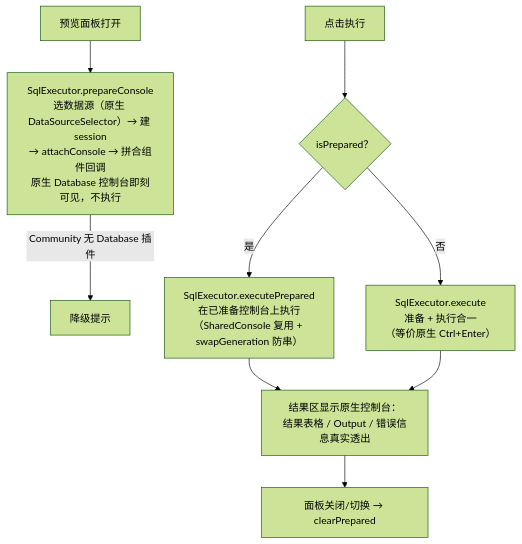
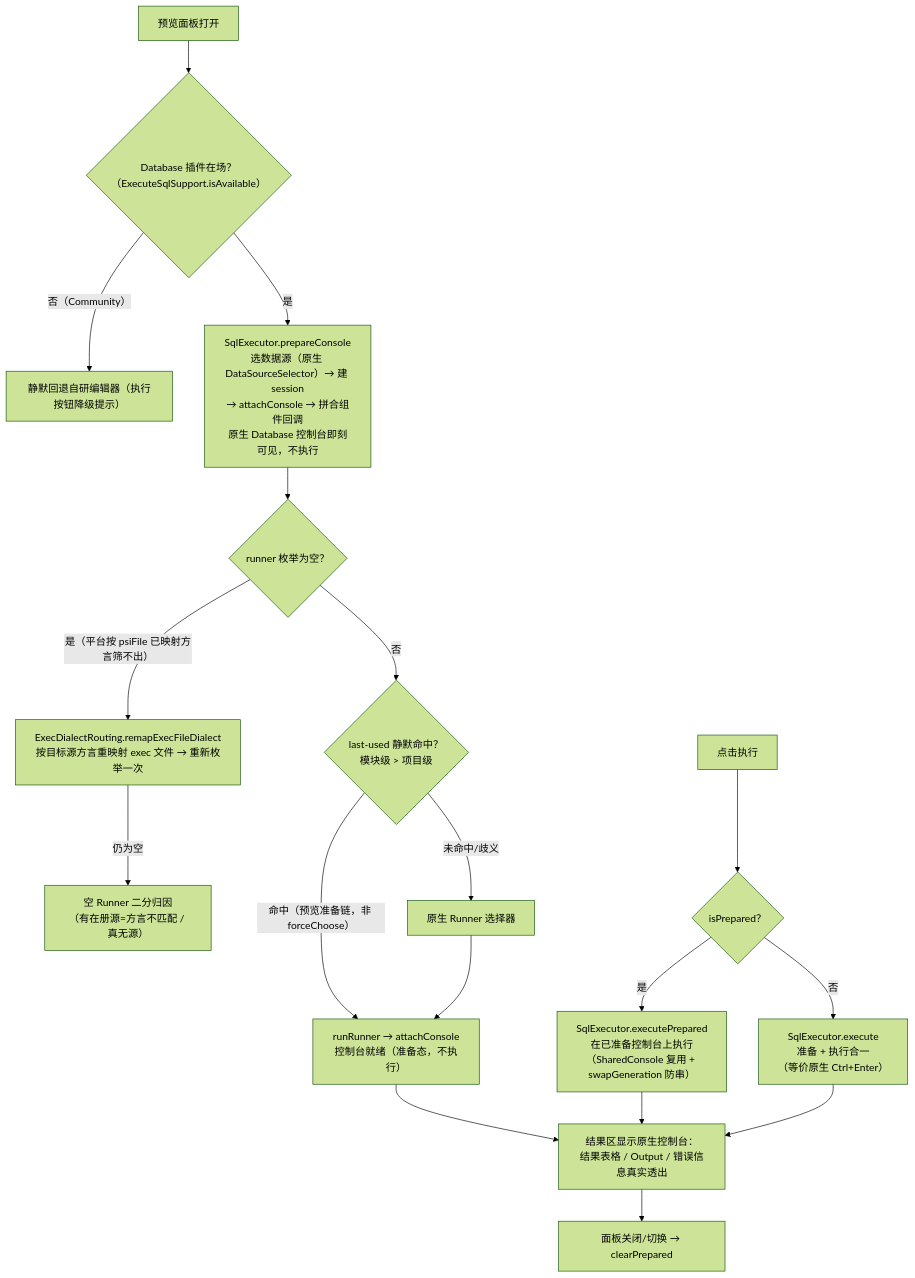
Before and after one commit to SongRenShuo/mybatis-plus-sql-visualizer: the fourth of 18 diagrams in docs/架构设计/02-核心流程详解.md, drawn with Mermaid (forest theme). The commit also changed other lines of this file and 204 other files, not shown here.

````diff
--- a/docs/架构设计/02-核心流程详解.md
+++ b/docs/架构设计/02-核心流程详解.md
@@ -135,11 +139,20 @@
 ```mermaid
 flowchart TD
-    OPEN["预览面板打开"] --> PC["SqlExecutor.prepareConsole<br/>选数据源（原生 DataSourceSelector）→ 建 session<br/>→ attachConsole → 拼合组件回调<br/>原生 Database 控制台即刻可见，不执行"]
-    PC -->|"Community 无 Database 插件"| DEG["降级提示"]
+    OPEN["预览面板打开"] --> AVAIL{"Database 插件在场？（ExecuteSqlSupport.isAvailable）"}
+    AVAIL -->|"否（Community）"| CDEG["静默回退自研编辑器（执行按钮降级提示）"]
+    AVAIL -->|"是"| PC["SqlExecutor.prepareConsole<br/>选数据源（原生 DataSourceSelector）→ 建 session<br/>→ attachConsole → 拼合组件回调<br/>原生 Database 控制台即刻可见，不执行"]
+    PC --> RUNNERS{"runner 枚举为空？"}
+    RUNNERS -->|"是（平台按 psiFile 已映射方言筛不出）"| REMAP["ExecDialectRouting.remapExecFileDialect<br/>按目标源方言重映射 exec 文件 → 重新枚举一次"]
+    REMAP -->|"仍为空"| DEG["空 Runner 二分归因<br/>（有在册源=方言不匹配 / 真无源）"]
+    RUNNERS -->|"否"| LASTUSED{"last-used 静默命中？<br/>模块级 > 项目级"}
+    LASTUSED -->|"命中（预览准备链，非 forceChoose）"| PREP["runRunner → attachConsole<br/>控制台就绪（准备态，不执行）"]
+    LASTUSED -->|"未命中/歧义"| PICK["原生 Runner 选择器"]
+    PICK --> PREP
+    PREP --> CONSOLE
     CLICK["点击执行"] --> RDY{"isPrepared？"}
     RDY -->|"是"| EP["SqlExecutor.executePrepared<br/>在已准备控制台上执行<br/>（SharedConsole 复用 + swapGeneration 防串）"]
     RDY -->|"否"| FULL["SqlExecutor.execute<br/>准备 + 执行合一<br/>（等价原生 Ctrl+Enter）"]
     EP --> CONSOLE["结果区显示原生控制台：<br/>结果表格 / Output / 错误信息真实透出"]
     FULL --> CONSOLE
     CONSOLE --> CLEAR["面板关闭/切换 → clearPrepared"]
 ```
````
